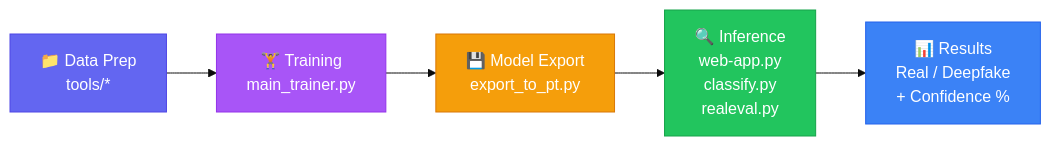
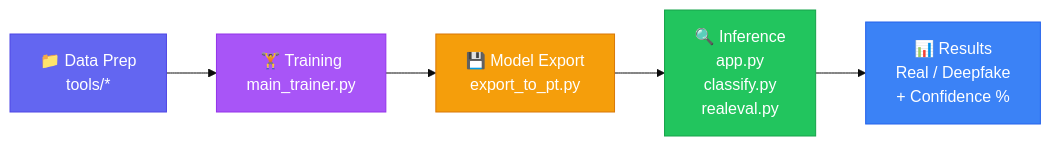
One commit to sagarbhati23/deepfake-detector changed diagram 20 of 20 in ARCHITECTURE.md. Above: the diagram before and after it, drawn with Mermaid (base theme). The commit also changed other lines of this file and 2 other files, not shown here.

Commit message:
Rename web-app.py to app.py and update references in documentation

````diff
--- a/ARCHITECTURE.md
+++ b/ARCHITECTURE.md
@@ -1099,13 +1099,13 @@
 ```mermaid
 graph LR
     A["📁 Data Prep<br/>tools/*"] --> B["🏋️ Training<br/>main_trainer.py"]
     B --> C["💾 Model Export<br/>export_to_pt.py"]
-    C --> D["🔍 Inference<br/>web-app.py<br/>classify.py<br/>realeval.py"]
+    C --> D["🔍 Inference<br/>app.py<br/>classify.py<br/>realeval.py"]
     D --> E["📊 Results<br/>Real / Deepfake<br/>+ Confidence %"]
 
     style A fill:#6366f1,stroke:#4f46e5,color:#fff
     style B fill:#a855f7,stroke:#9333ea,color:#fff
     style C fill:#f59e0b,stroke:#d97706,color:#fff
     style D fill:#22c55e,stroke:#16a34a,color:#fff
     style E fill:#3b82f6,stroke:#2563eb,color:#fff
 ```
````
